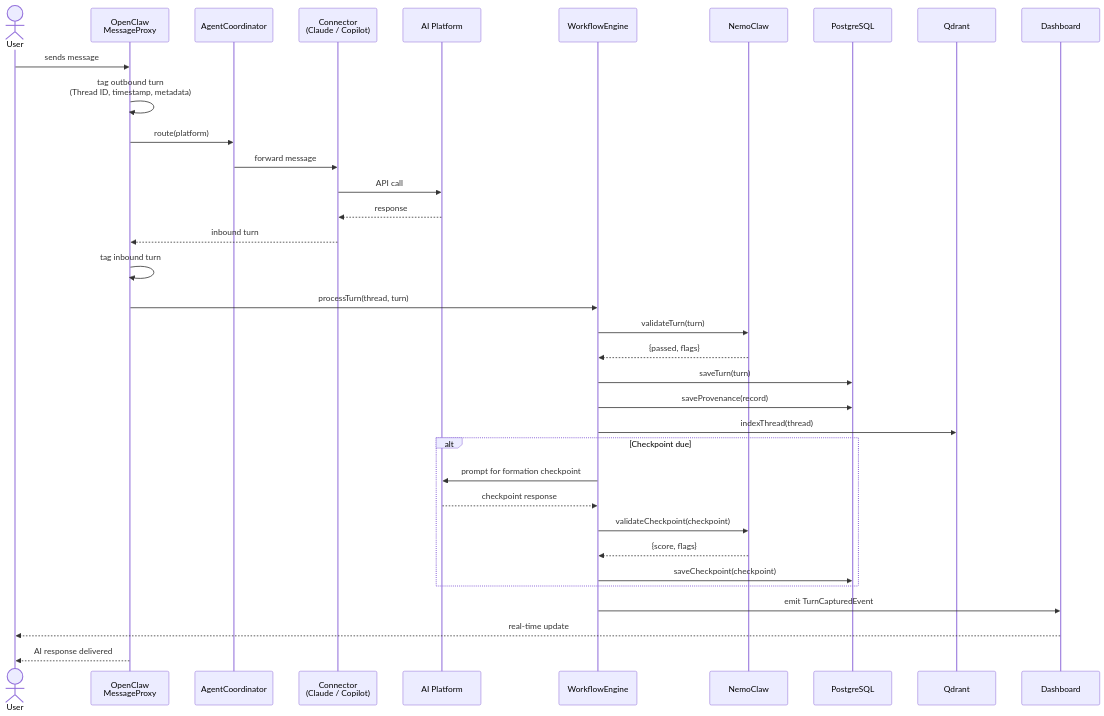
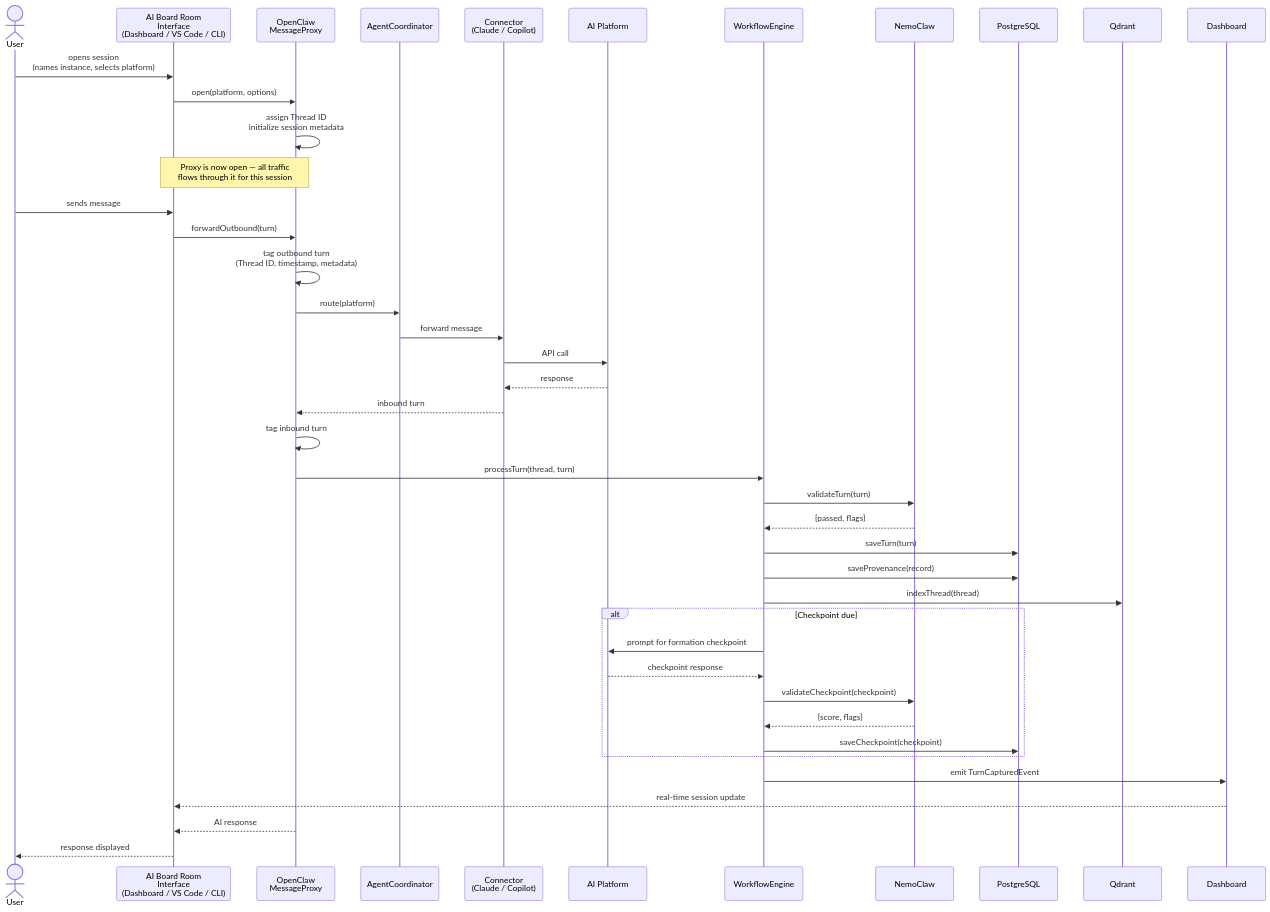
The first of 7 diagrams in docs/ARCHITECTURE.md (signatureofgod2018/ai-board-room), drawn with Mermaid before and after one commit.

Commit message:
Fix UC-01/02 sequence diagram: user interacts via Interface, not Proxy directly
Added AI Board Room Interface layer (Dashboard/VS Code/CLI) between User
and MessageProxy. User opens the proxy through the interface with a named
instance and platform selection. Proxy is then held open for the session.

````diff
--- a/docs/ARCHITECTURE.md
+++ b/docs/ARCHITECTURE.md
@@ -210,41 +210,50 @@
 ```mermaid
 sequenceDiagram
     actor User
+    participant UI as AI Board Room<br/>Interface<br/>(Dashboard / VS Code / CLI)
     participant Proxy as OpenClaw<br/>MessageProxy
     participant Coord as AgentCoordinator
     participant Conn as Connector<br/>(Claude / Copilot)
     participant AI as AI Platform
     participant WF as WorkflowEngine
     participant NC as NemoClaw
     participant PG as PostgreSQL
     participant QD as Qdrant
     participant DB as Dashboard
 
-    User->>Proxy: sends message
+    User->>UI: opens session<br/>(names instance, selects platform)
+    UI->>Proxy: open(platform, options)
+    Proxy->>Proxy: assign Thread ID<br/>initialize session metadata
+
+    Note over UI,Proxy: Proxy is now open — all traffic<br/>flows through it for this session
+
+    User->>UI: sends message
+    UI->>Proxy: forwardOutbound(turn)
     Proxy->>Proxy: tag outbound turn<br/>(Thread ID, timestamp, metadata)
     Proxy->>Coord: route(platform)
     Coord->>Conn: forward message
     Conn->>AI: API call
     AI-->>Conn: response
     Conn-->>Proxy: inbound turn
     Proxy->>Proxy: tag inbound turn
 
     Proxy->>WF: processTurn(thread, turn)
     WF->>NC: validateTurn(turn)
     NC-->>WF: {passed, flags}
     WF->>PG: saveTurn(turn)
     WF->>PG: saveProvenance(record)
     WF->>QD: indexThread(thread)
 
     alt Checkpoint due
         WF->>AI: prompt for formation checkpoint
         AI-->>WF: checkpoint response
         WF->>NC: validateCheckpoint(checkpoint)
         NC-->>WF: {score, flags}
         WF->>PG: saveCheckpoint(checkpoint)
     end
 
     WF->>DB: emit TurnCapturedEvent
-    DB-->>User: real-time update
-    Proxy-->>User: AI response delivered
+    DB-->>UI: real-time session update
+    Proxy-->>UI: AI response
+    UI-->>User: response displayed
 ```
````
